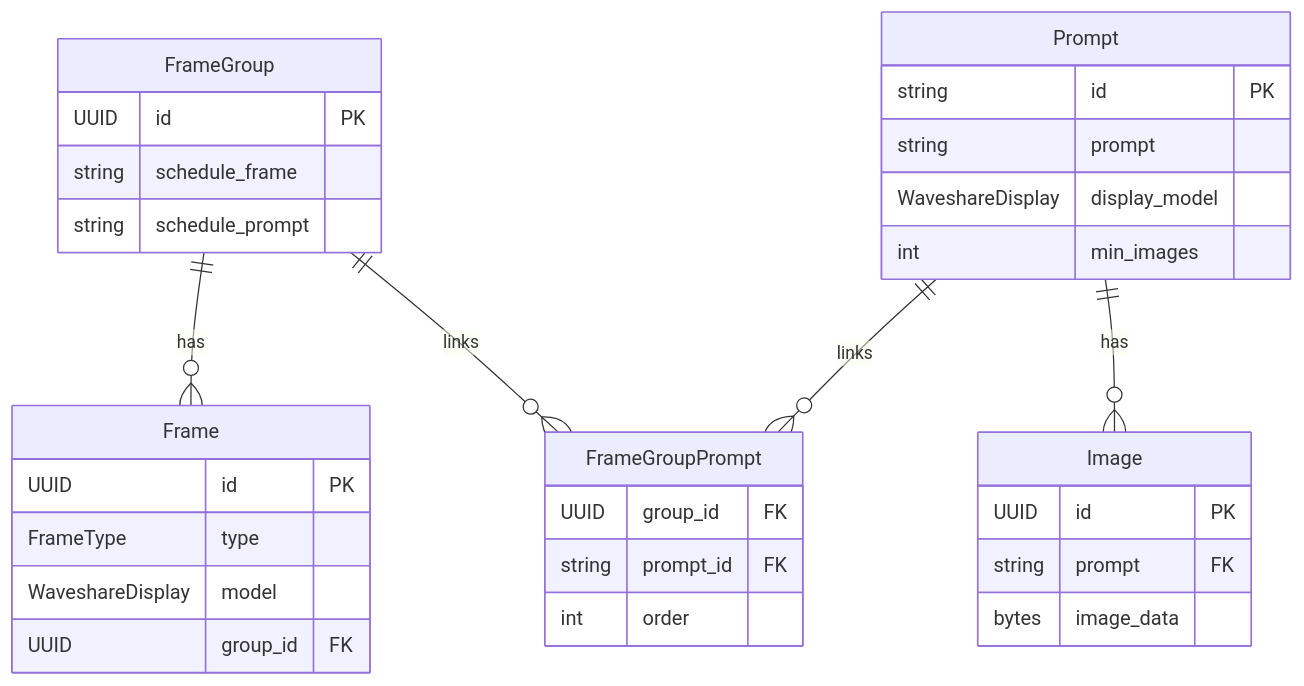
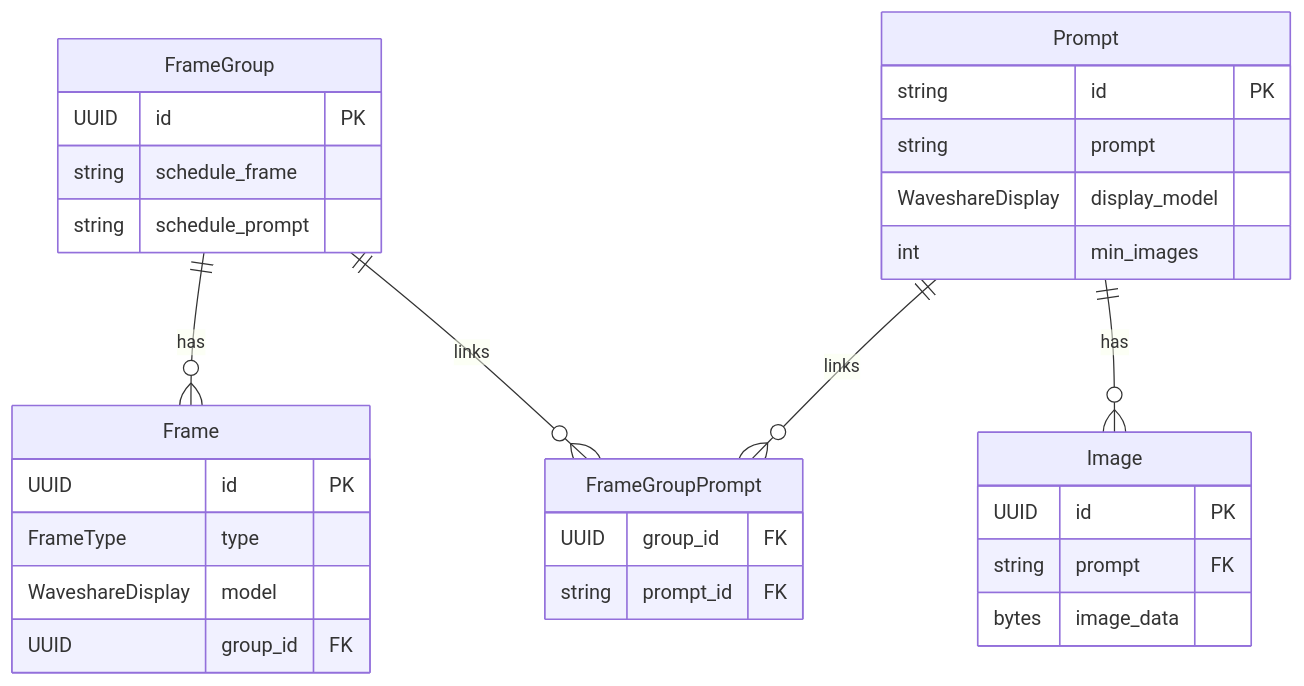
The diagram in services/canvas_coordinator/readme.md (charnley/eink-art-gallery), drawn with Mermaid before and after one commit.

````diff
--- a/services/canvas_coordinator/readme.md
+++ b/services/canvas_coordinator/readme.md
@@ -6,40 +6,39 @@
 ```mermaid
 erDiagram
     FrameGroup ||--o{ Frame : "has"
     FrameGroup ||--o{ FrameGroupPrompt : "links"
     Prompt ||--o{ FrameGroupPrompt : "links"
     Prompt ||--o{ Image : "has"
 
     FrameGroup {
         UUID id PK
         string schedule_frame
         string schedule_prompt
     }
 
     FrameGroupPrompt {
         UUID group_id FK
         string prompt_id FK
-        int order
     }
 
     Frame {
         UUID id PK
         FrameType type
         WaveshareDisplay model
         UUID group_id FK
     }
 
     Prompt {
         string id PK
         string prompt
         WaveshareDisplay display_model
         int min_images
     }
 
     Image {
         UUID id PK
         string prompt FK
         bytes image_data
     }
 
 ```
````
